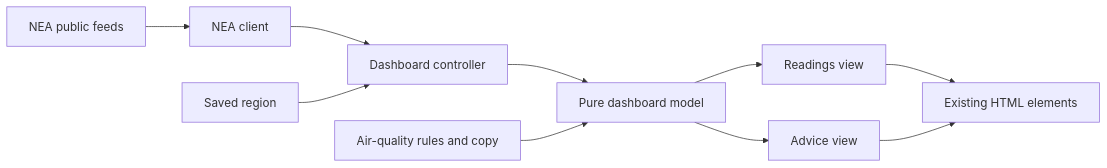
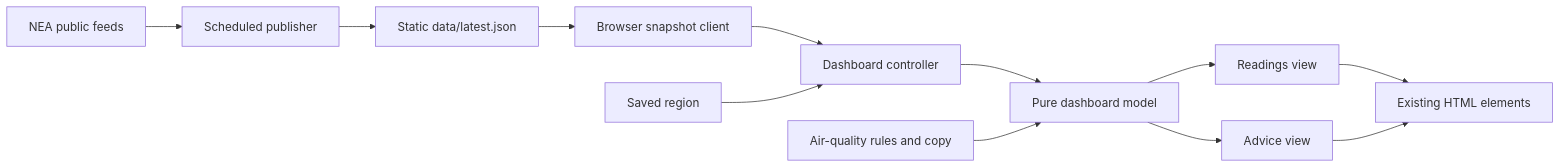
The diagram in docs/ARCHITECTURE.md (richmondgoh8/haze-guide-sg), drawn with Mermaid before and after one commit. The commit also changed other lines of this file and 28 other files, not shown here.

````diff
--- a/docs/ARCHITECTURE.md
+++ b/docs/ARCHITECTURE.md
@@ -7,12 +7,14 @@
 ```mermaid
 flowchart LR
-  NEA[NEA public feeds] --> Client[NEA client]
+  NEA[NEA public feeds] --> Publisher[Scheduled publisher]
+  Publisher --> Snapshot[Static data/latest.json]
+  Snapshot --> Client[Browser snapshot client]
   Client --> Controller[Dashboard controller]
   Preference[Saved region] --> Controller
   Controller --> Model[Pure dashboard model]
   Rules[Air-quality rules and copy] --> Model
   Model --> Readings[Readings view]
   Model --> Advice[Advice view]
   Readings --> HTML[Existing HTML elements]
   Advice --> HTML
 ```
````
